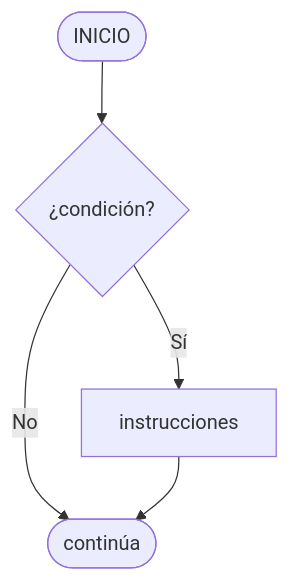
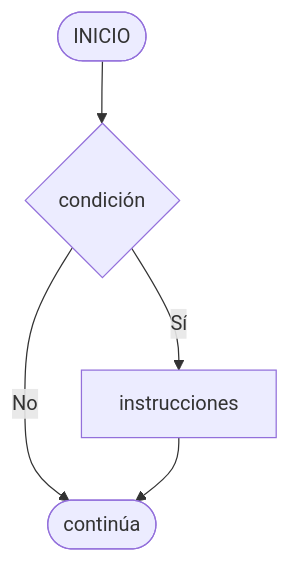
The third of 6 diagrams in docs/core/introduction/flowcharts.md (BenjaminSerrano/principios-programacion), drawn with Mermaid before and after one commit. The commit also changed other lines of this file and 4 other files, not shown here.

First line of the commit message:
Reorganizar contenido y unificar convenciones en diagramas de flujo

````diff
--- a/docs/core/introduction/flowcharts.md
+++ b/docs/core/introduction/flowcharts.md
@@ -262,7 +262,7 @@
 ``` mermaid
 flowchart TD
-    A([INICIO]) --> B{¿condición?}
+    A([INICIO]) --> B{condición}
     B -->|Sí| C[instrucciones]
     B -->|No| D
     C --> D([continúa])
 ```
````
